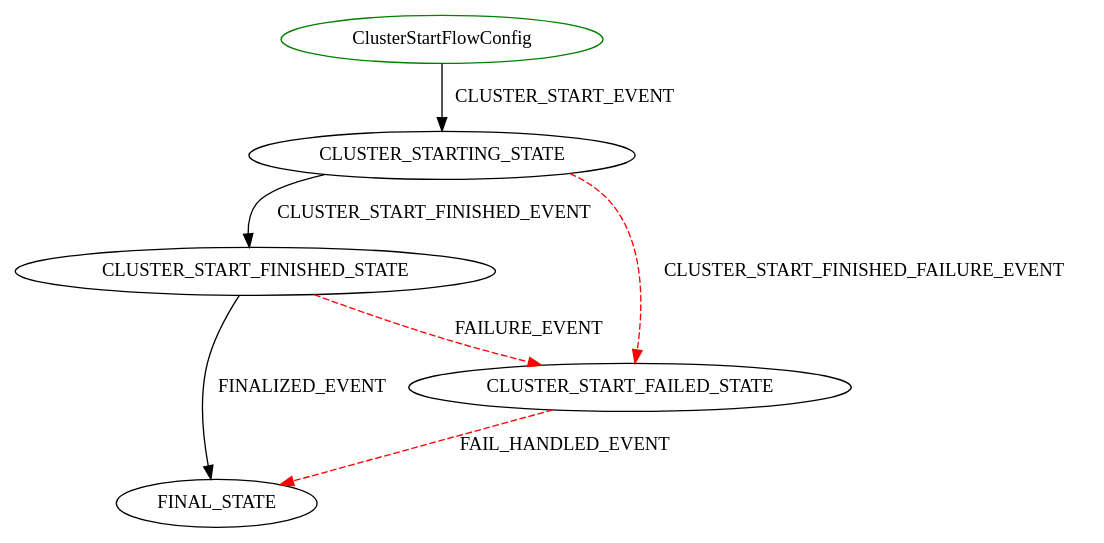
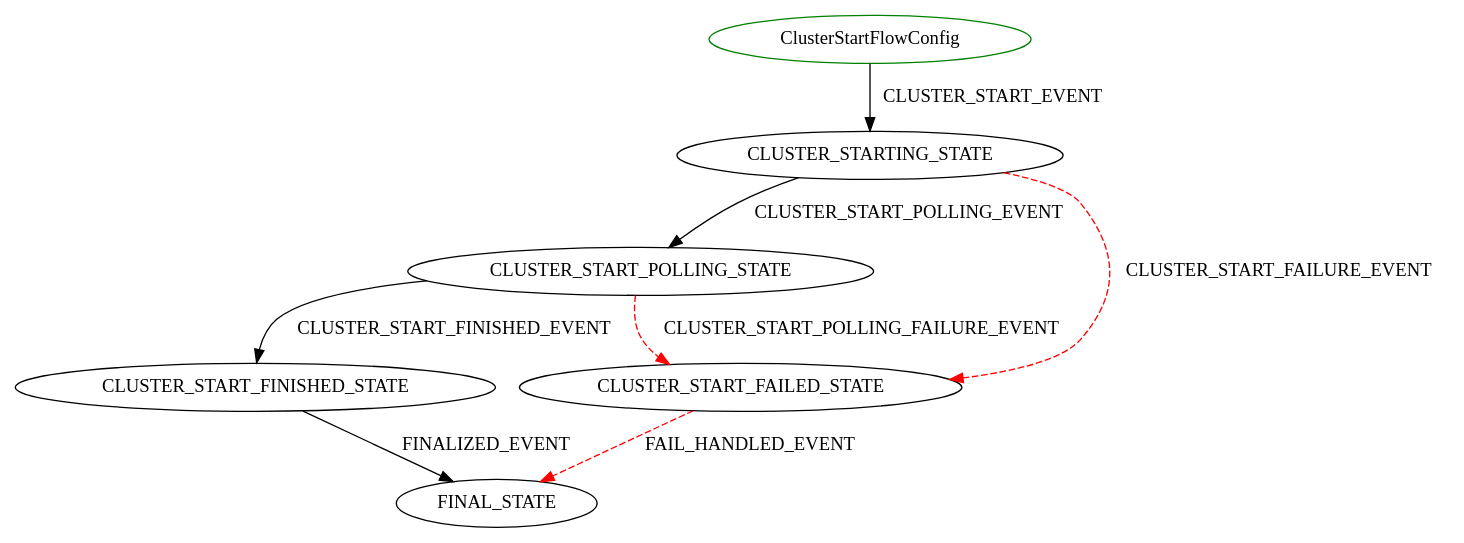
The diagram in latest/diagrams/ClusterStartFlowConfig.dot (sequenceiq/cloudbreak-docs), drawn with Graphviz before and after one commit. The commit also changed 44 other files, not shown here.

```diff
--- a/latest/diagrams/ClusterStartFlowConfig.dot
+++ b/latest/diagrams/ClusterStartFlowConfig.dot
@@ -1,9 +1,10 @@
 digraph {
 INIT_STATE [label="ClusterStartFlowConfig" shape=ellipse color=green];
 INIT_STATE -> CLUSTER_STARTING_STATE [label="CLUSTER_START_EVENT" color=black style=solid];
-CLUSTER_STARTING_STATE -> CLUSTER_START_FINISHED_STATE [label="CLUSTER_START_FINISHED_EVENT" color=black style=solid];
-CLUSTER_STARTING_STATE -> CLUSTER_START_FAILED_STATE [label="CLUSTER_START_FINISHED_FAILURE_EVENT" color=red style=dashed];
+CLUSTER_STARTING_STATE -> CLUSTER_START_POLLING_STATE [label="CLUSTER_START_POLLING_EVENT" color=black style=solid];
+CLUSTER_STARTING_STATE -> CLUSTER_START_FAILED_STATE [label="CLUSTER_START_FAILURE_EVENT" color=red style=dashed];
 CLUSTER_START_FAILED_STATE -> FINAL_STATE [label="FAIL_HANDLED_EVENT" color=red style=dashed];
+CLUSTER_START_POLLING_STATE -> CLUSTER_START_FINISHED_STATE [label="CLUSTER_START_FINISHED_EVENT" color=black style=solid];
+CLUSTER_START_POLLING_STATE -> CLUSTER_START_FAILED_STATE [label="CLUSTER_START_POLLING_FAILURE_EVENT" color=red style=dashed];
 CLUSTER_START_FINISHED_STATE -> FINAL_STATE [label="FINALIZED_EVENT" color=black style=solid];
-CLUSTER_START_FINISHED_STATE -> CLUSTER_START_FAILED_STATE [label="FAILURE_EVENT" color=red style=dashed];
 }
```
